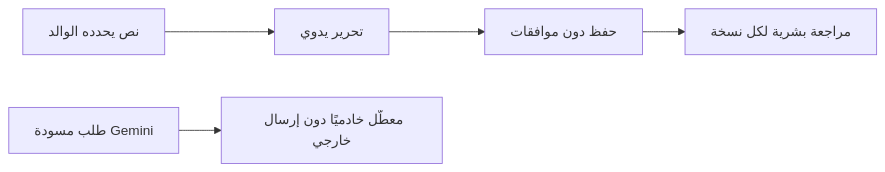
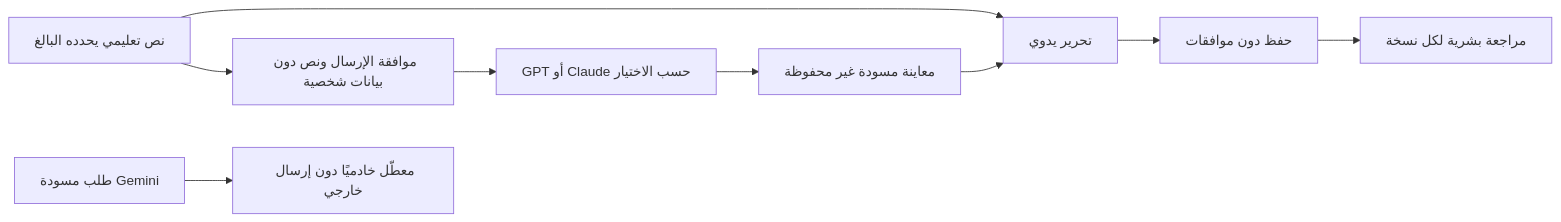
The fifth of 5 diagrams in README.md (faisald2926/majaz), drawn with Mermaid before and after one commit. The commit also changed other lines of this file and 11 other files, not shown here.

Commit message:
Add separate GPT and Claude keys with parent-reviewed AI drafts

````diff
--- a/README.md
+++ b/README.md
@@ -122,7 +134,11 @@
 ```mermaid
 flowchart LR
-  T[نص يحدده الوالد] --> MANUAL[تحرير يدوي]
-  MANUAL --> SAVE[حفظ دون موافقات]
-  SAVE --> REVIEW[مراجعة بشرية لكل نسخة]
-  G[طلب مسودة Gemini] --> STOP[معطّل خادميًا دون إرسال خارجي]
+  T["نص تعليمي يحدده البالغ"] --> MANUAL["تحرير يدوي"]
+  T --> CONSENT["موافقة الإرسال ونص دون بيانات شخصية"]
+  CONSENT --> AI["GPT أو Claude حسب الاختيار"]
+  AI --> PREVIEW["معاينة مسودة غير محفوظة"]
+  PREVIEW --> MANUAL
+  MANUAL --> SAVE["حفظ دون موافقات"]
+  SAVE --> REVIEW["مراجعة بشرية لكل نسخة"]
+  G["طلب مسودة Gemini"] --> STOP["معطّل خادميًا دون إرسال خارجي"]
 ```
````
